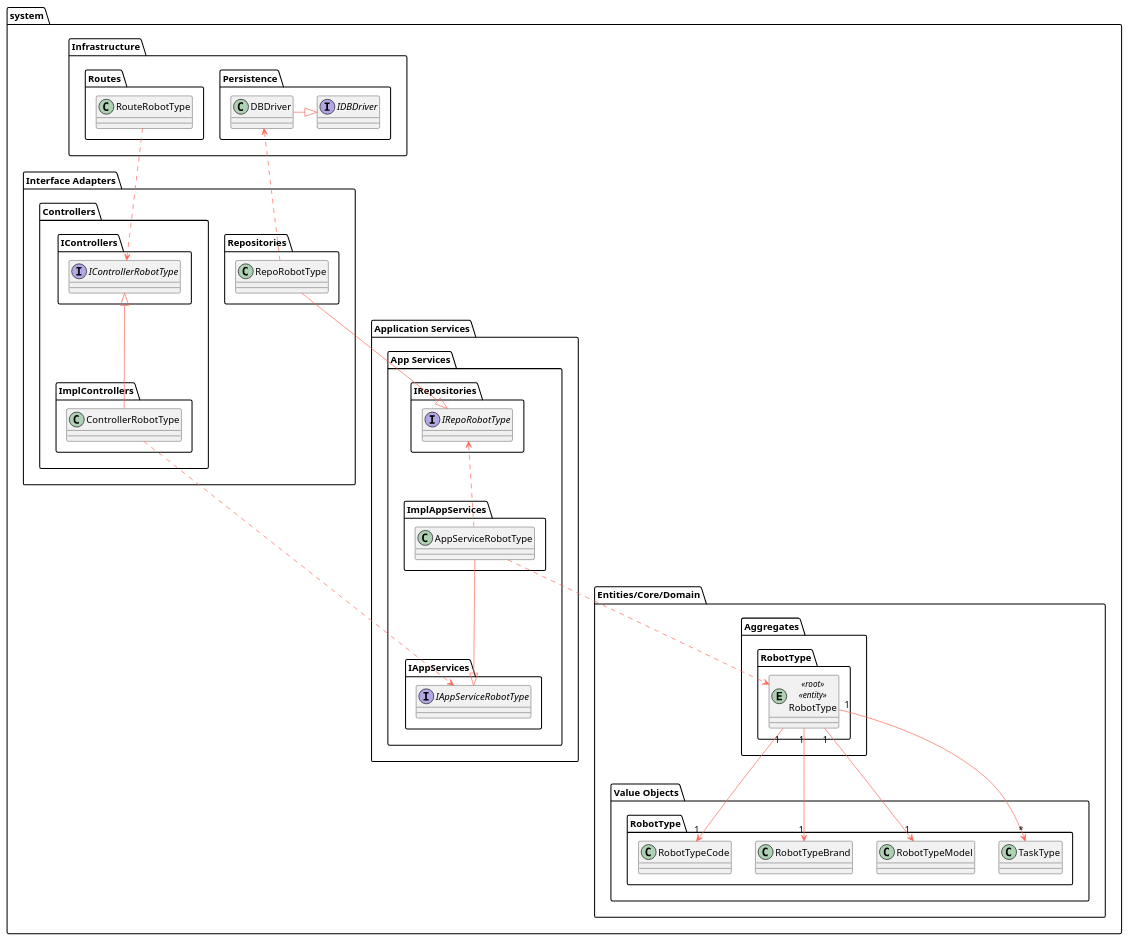
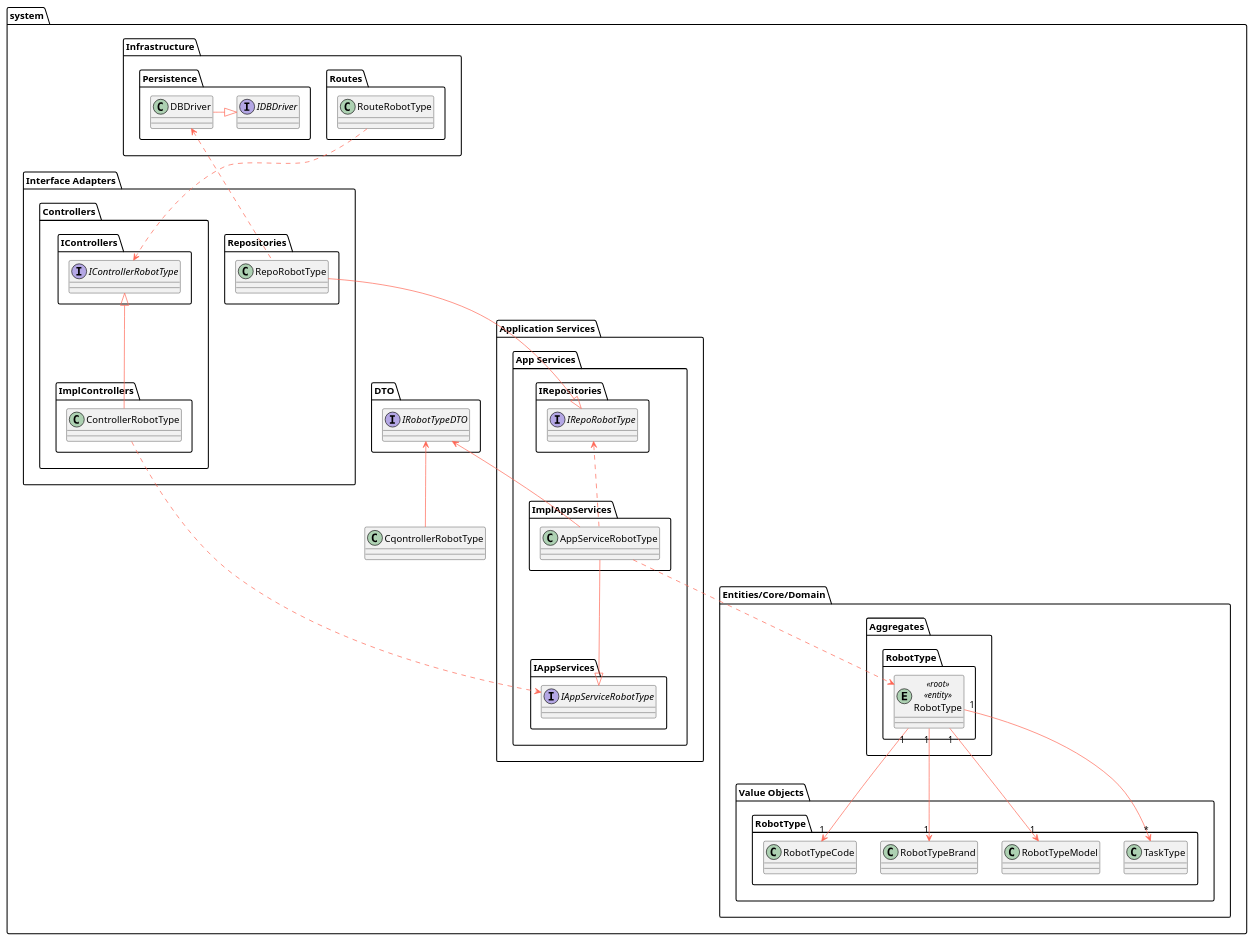
Before and after one commit to Departamento-de-Engenharia-Informatica/lapr5-23-24-g19: the diagram in docs/us350/level3/class-diagram.puml, drawn with PlantUML. The commit also changed 1 other file, not shown here.

Commit message:
docs(us350): added DTO's to class diagram

```diff
--- a/docs/us350/level3/class-diagram.puml
+++ b/docs/us350/level3/class-diagram.puml
@@ -1,110 +1,114 @@
 @startuml
 
 skinparam component {
     FontSize 16
     BackgroundColor<<Apache>> LightCoral
     BorderColor<<Apache>> #FF6655
     FontName Courier
     BorderColor black
     BackgroundColor DeepSkyBlue
     ArrowFontName Impact
     ArrowColor #FF6655
 }
 
 package system {
     package "Infrastructure" {
+
+        package "Routes" {
+            class RouteRobotType
+        }
         package "Persistence" {
             interface IDBDriver
             class DBDriver
-        }
-
-        package "Routes" {
-            class RouteRobotType
         }
 
         DBDriver -right-|> IDBDriver
     }
 
     package "Interface Adapters" {
         package "Controllers" {
             package "IControllers" {
                 interface IControllerRobotType
             }
 
             package "ImplControllers" {
                 class ControllerRobotType
             }
             ControllerRobotType -up-|> IControllerRobotType
         }
 
         package "Repositories" {
             class RepoRobotType
 
         }
 
         RepoRobotType .up.> DBDriver
 
 
         RouteRobotType ..> IControllerRobotType
     }
 
     package "Application Services" {
         package "App Services" {
             package "IAppServices" {
                 interface IAppServiceRobotType
             }
 
             package "ImplAppServices" {
                 class AppServiceRobotType
             }
 
             AppServiceRobotType --|> IAppServiceRobotType
 
             package "IRepositories" {
                 interface IRepoRobotType
 
             }
 
             RepoRobotType --|> IRepoRobotType
 
         }
 
         ControllerRobotType ..> IAppServiceRobotType
 
         AppServiceRobotType .up.> IRepoRobotType
 
     }
 
     package "Entities/Core/Domain" {
         package "Aggregates" {
 
 
             package "RobotType" as a_building {
                 entity RobotType <<root>> <<entity>>
             }
         }
 
 
 
         package "Value Objects" {
             package "RobotType" as vo_building {
                 class RobotTypeCode
                 class RobotTypeBrand
                 class RobotTypeModel
                 class TaskType
             }
         }
 
         RobotType "1" --> "1" RobotTypeCode
         RobotType "1" --> "1" RobotTypeBrand
         RobotType "1" --> "1" RobotTypeModel
         RobotType "1" ---> "*" TaskType
 
         AppServiceRobotType ..> RobotType
 
-        'package "Services" {
-        '}
     }
+    package "DTO" {
+        interface IRobotTypeDTO
+
+    }
+    AppServiceRobotType -up-> IRobotTypeDTO
+    CqontrollerRobotType -up-> IRobotTypeDTO
 }
 
 @enduml
```
